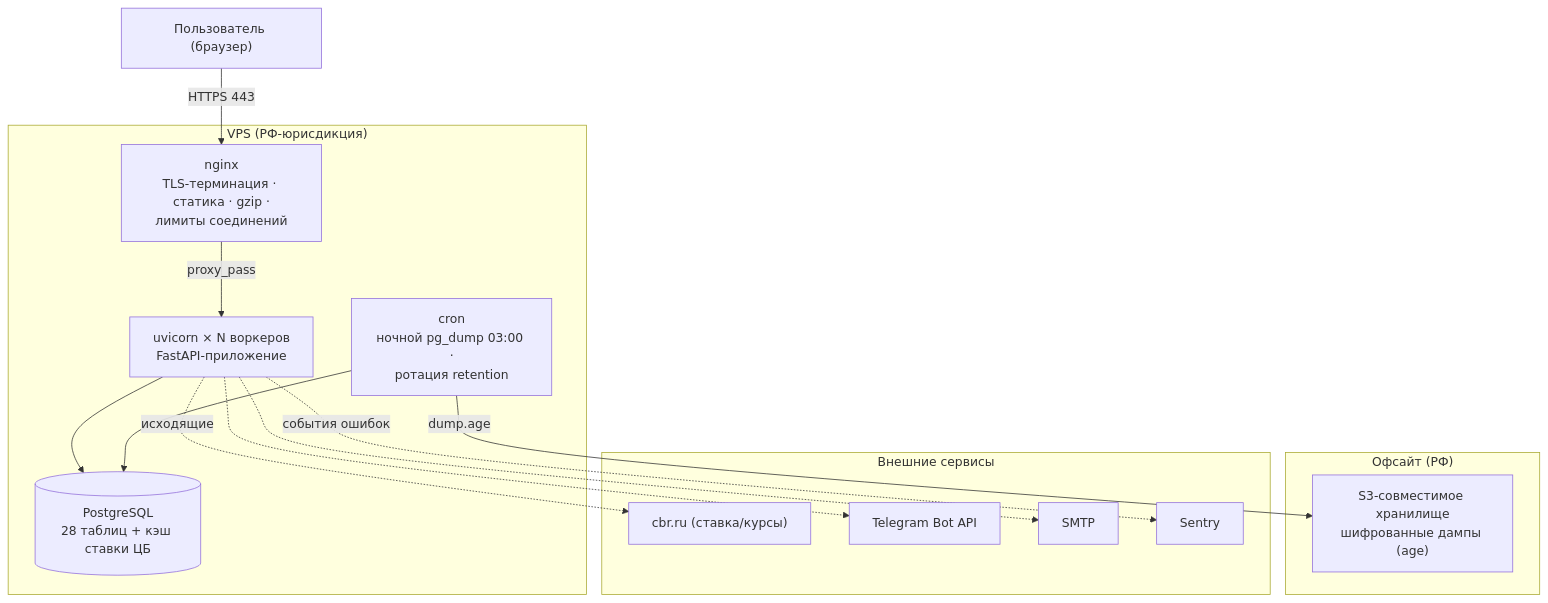
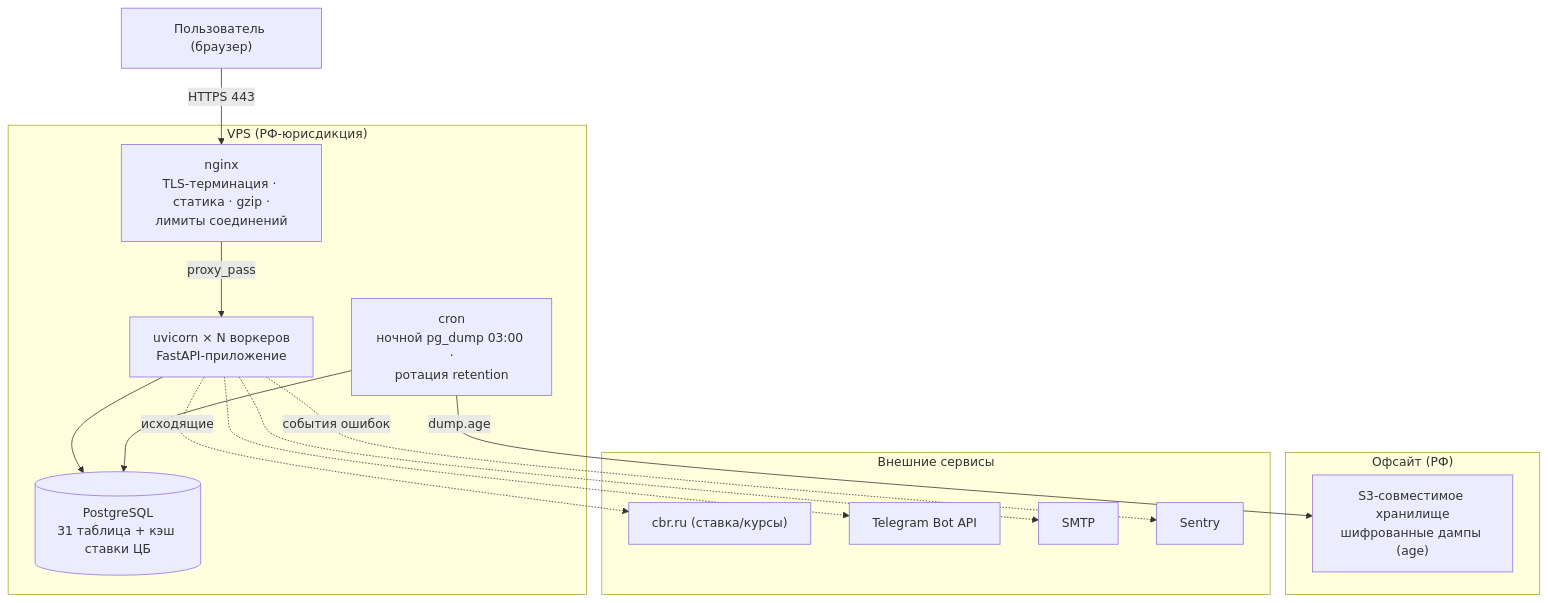
The tenth of 10 diagrams in docs/diagrams.md (vevdokimovm/personal-finance-dss), drawn with Mermaid before and after one commit. The commit also changed other lines of this file and 59 other files, not shown here.

Commit message:
personal-finance-dss v9.13.3 — ВЛ-29 закрыт: гейты судят по публикуемому контуру, блокирующие джобы CI зелёные, README и диаграммы приведены к коду

````diff
--- a/docs/diagrams.md
+++ b/docs/diagrams.md
@@ -615,30 +622,30 @@
 ```mermaid
 flowchart TD
     U["Пользователь (браузер)"] -->|HTTPS 443| N
 
     subgraph VPS["VPS (РФ-юрисдикция)"]
         N["nginx<br/>TLS-терминация · статика · gzip ·<br/>лимиты соединений"]
         A["uvicorn × N воркеров<br/>FastAPI-приложение"]
-        PG[("PostgreSQL<br/>28 таблиц + кэш ставки ЦБ")]
+        PG[("PostgreSQL<br/>31 таблица + кэш ставки ЦБ")]
         CRON["cron<br/>ночной pg_dump 03:00 ·<br/>ротация retention"]
         N -->|proxy_pass| A
         A --> PG
         CRON --> PG
     end
 
     subgraph OFF["Офсайт (РФ)"]
         S3["S3-совместимое хранилище<br/>шифрованные дампы (age)"]
     end
     CRON -->|"dump.age"| S3
 
     subgraph EXT["Внешние сервисы"]
         CBR["cbr.ru (ставка/курсы)"]
         TG["Telegram Bot API"]
         MAIL["SMTP"]
         SEN["Sentry"]
     end
     A -. "исходящие" .-> CBR
     A -. " " .-> TG
     A -. " " .-> MAIL
     A -. "события ошибок" .-> SEN
 ```
````
